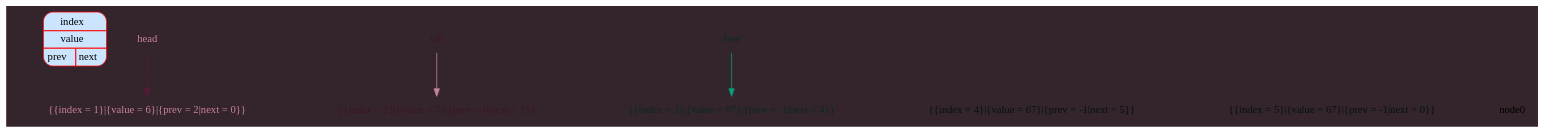
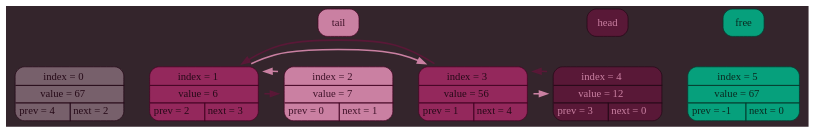
The diagram in List_graphviz.dot (wuyterguy/DoublyLinkedList), drawn with Graphviz before and after one commit. The commit also changed 5 other files, not shown here.

Commit message:
whole graphic dump

```diff
--- a/List_graphviz.dot
+++ b/List_graphviz.dot
@@ -1,87 +1,115 @@
 digraph G {
 
 bgcolor = "#34252c"
 node [shape = none];
 
-myNode [label=<
-    <TABLE BORDER="1" CELLBORDER="0" CELLSPACING="0" CELLPADDING="4"
-           STYLE="ROUNDED"
-           COLOR="#FF0000"
-           BGCOLOR="#CCE5FF">
-        <TR><TD COLSPAN="2">index</TD></TR>
-        <HR/>
-        <TR><TD COLSPAN="2">value</TD></TR>
-        <HR/>
-        <TR>
-            <TD>prev</TD>
-            <VR/>
-            <TD>next</TD>
-        </TR>
-    </TABLE>
+node0 [label=<
+	<TABLE BORDER = "1" CELLBORDER = "0" CELLSPACING = "0" CELLPADDING="4" STYLE = "ROUNDED"
+	COLOR = "#260a18"
+	BGCOLOR = "#77606b">
+	<TR><TD COLSPAN = "2"><FONT COLOR = "#260a18">index = 0</FONT></TD></TR><HR/>
+	<TR><TD COLSPAN = "2"><FONT COLOR = "#260a18">value = 67</FONT></TD></TR><HR/>
+	<TR><TD><FONT COLOR = "#260a18">prev = 4</FONT></TD><VR/><TD><FONT COLOR = "#260a18">next = 2</FONT></TD></TR>
+	</TABLE>
 >];
 
-node1 [
-	label = "{{index = 1}|{value = 6}|{prev = 2|next = 0}}",
-	color = "#260a18",
-	fillcolor = "#591837",
-	fontcolor = "#ca80a2"
-];
+node1 [label=<
+	<TABLE BORDER = "1" CELLBORDER = "0" CELLSPACING = "0" CELLPADDING="4" STYLE = "ROUNDED"
+	COLOR = "#430523"
+	BGCOLOR = "#94285c">
+	<TR><TD COLSPAN = "2"><FONT COLOR = "#260a18">index = 1</FONT></TD></TR><HR/>
+	<TR><TD COLSPAN = "2"><FONT COLOR = "#260a18">value = 6</FONT></TD></TR><HR/>
+	<TR><TD><FONT COLOR = "#260a18">prev = 2</FONT></TD><VR/><TD><FONT COLOR = "#260a18">next = 3</FONT></TD></TR>
+	</TABLE>
+>];
 
-node2 [
-	label = "{{index = 2}|{value = 7}|{prev = 0|next = 1}}",
-	color = "#430523",
-	fillcolor = "#ca80a2",
-	fontcolor = "#3f1229"
-];
+node2 [label=<
+	<TABLE BORDER = "1" CELLBORDER = "0" CELLSPACING = "0" CELLPADDING="4" STYLE = "ROUNDED"
+	COLOR = "#430523"
+	BGCOLOR = "#ca80a2">
+	<TR><TD COLSPAN = "2"><FONT COLOR = "#3f1229">index = 2</FONT></TD></TR><HR/>
+	<TR><TD COLSPAN = "2"><FONT COLOR = "#3f1229">value = 7</FONT></TD></TR><HR/>
+	<TR><TD><FONT COLOR = "#3f1229">prev = 0</FONT></TD><VR/><TD><FONT COLOR = "#3f1229">next = 1</FONT></TD></TR>
+	</TABLE>
+>];
 
-node3 [
-	label = "{{index = 3}|{value = 67}|{prev = -1|next = 4}}",
-	color = "#063a2e",
-	fillcolor = "#06a07c",
-	fontcolor = "#0a2920"
-];
+node3 [label=<
+	<TABLE BORDER = "1" CELLBORDER = "0" CELLSPACING = "0" CELLPADDING="4" STYLE = "ROUNDED"
+	COLOR = "#430523"
+	BGCOLOR = "#94285c">
+	<TR><TD COLSPAN = "2"><FONT COLOR = "#260a18">index = 3</FONT></TD></TR><HR/>
+	<TR><TD COLSPAN = "2"><FONT COLOR = "#260a18">value = 56</FONT></TD></TR><HR/>
+	<TR><TD><FONT COLOR = "#260a18">prev = 1</FONT></TD><VR/><TD><FONT COLOR = "#260a18">next = 4</FONT></TD></TR>
+	</TABLE>
+>];
 
-node4 [
-	label = "{{index = 4}|{value = 67}|{prev = -1|next = 5}}",
-	color = "#03261e",
-	fillcolor = "#037f62",
-	fontcolor = "#05120e"
-];
+node4 [label=<
+	<TABLE BORDER = "1" CELLBORDER = "0" CELLSPACING = "0" CELLPADDING="4" STYLE = "ROUNDED"
+	COLOR = "#260a18"
+	BGCOLOR = "#591837">
+	<TR><TD COLSPAN = "2"><FONT COLOR = "#ca80a2">index = 4</FONT></TD></TR><HR/>
+	<TR><TD COLSPAN = "2"><FONT COLOR = "#ca80a2">value = 12</FONT></TD></TR><HR/>
+	<TR><TD><FONT COLOR = "#ca80a2">prev = 3</FONT></TD><VR/><TD><FONT COLOR = "#ca80a2">next = 0</FONT></TD></TR>
+	</TABLE>
+>];
 
-node5 [
-	label = "{{index = 5}|{value = 67}|{prev = -1|next = 0}}",
-	color = "#03261e",
-	fillcolor = "#037f62",
-	fontcolor = "#05120e"
-];
+node5 [label=<
+	<TABLE BORDER = "1" CELLBORDER = "0" CELLSPACING = "0" CELLPADDING="4" STYLE = "ROUNDED"
+	COLOR = "#063a2e"
+	BGCOLOR = "#06a07c">
+	<TR><TD COLSPAN = "2"><FONT COLOR = "#0a2920">index = 5</FONT></TD></TR><HR/>
+	<TR><TD COLSPAN = "2"><FONT COLOR = "#0a2920">value = 67</FONT></TD></TR><HR/>
+	<TR><TD><FONT COLOR = "#0a2920">prev = -1</FONT></TD><VR/><TD><FONT COLOR = "#0a2920">next = 0</FONT></TD></TR>
+	</TABLE>
+>];
 
-{rank = same;node0;node1;node2;node3;node4;node5;}
+{rank = same;node0; node1; node2; node3; node4; node5;}
+
+node0 -> node1 [dir = forward, style = invis];
+node1 -> node2 [dir = forward, style = invis];
+node2 -> node3 [dir = forward, style = invis];
+node3 -> node4 [dir = forward, style = invis];
+node4 -> node5 [dir = forward, style = invis];
 
 free [
-	label = "free",
+	label = "free", shape = box, style = "rounded, filled",
 	color = "#063a2e",
 	fillcolor = "#06a07c",
 	fontcolor = "#0a2920",
 	group = "g1"
 ];
-free -> node3 [dir = forward, color = "#06a07c"];
+
+free -> node5 [dir = forward, style = invis, penwidth=2, color = "#06a07c"];
 
 head [
-	label = "head",
+	label = "head", shape = box, style = "rounded, filled",
 	color = "#260a18",
 	fillcolor = "#591837",
 	fontcolor = "#ca80a2",
 	group = "g1"
 ];
-head -> node1 [dir = forward, color = "#591837"];
+
+head -> node4 [dir = forward, style = invis, penwidth=2, color = "#591837"];
 
 tail [
-	label = "tail",
+	label = "tail", shape = box, style = "rounded, filled",
 	color = "#430523",
 	fillcolor = "#ca80a2",
 	fontcolor = "#3f1229",
 	group = "g1"
 ];
-tail -> node2 [dir = forward, color = "#ca80a2"];
+
+tail -> node2 [dir = forward, style = invis, penwidth=2, color = "#ca80a2"];
+
+node1 -> node2 [dir = forward, penwidth=2, color = "#591837", constraint = false];
+node1 -> node3 [dir = forward, penwidth=2, color = "#ca80a2", constraint = false];
+
+node2 -> node1 [dir = forward, penwidth=2, color = "#ca80a2", constraint = false];
+
+node3 -> node1 [dir = forward, penwidth=2, color = "#591837", constraint = false];
+node3 -> node4 [dir = forward, penwidth=2, color = "#ca80a2", constraint = false];
+
+node4 -> node3 [dir = forward, penwidth=2, color = "#591837", constraint = false];
+
 
 }
```
